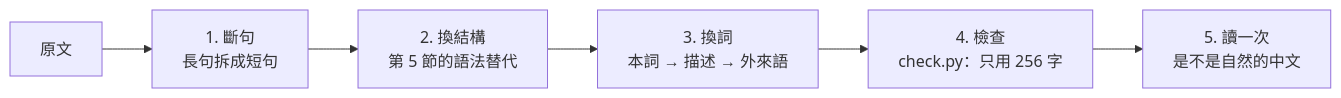
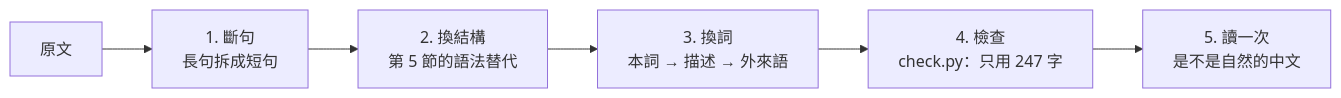
Before and after one commit to ccc-claude-opus/mini-lm: the second of 2 diagrams in mini-lang/universal.md, drawn with Mermaid. The commit also changed other lines of this file and 46 other files, not shown here.

````diff
--- a/mini-lang/universal.md
+++ b/mini-lang/universal.md
@@ -401,8 +400,8 @@
 ```mermaid
 flowchart LR
   A[原文] --> B["1. 斷句<br/>長句拆成短句"]
   B --> C["2. 換結構<br/>第 5 節的語法替代"]
   C --> D["3. 換詞<br/>本詞 → 描述 → 外來語"]
-  D --> E["4. 檢查<br/>check.py：只用 256 字"]
+  D --> E["4. 檢查<br/>check.py：只用 247 字"]
   E --> F["5. 讀一次<br/>是不是自然的中文"]
 ```
````
